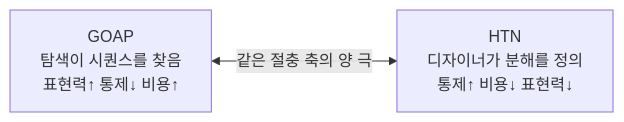
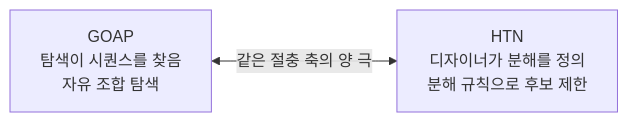
Before and after one commit to Rein-ArXiv/game-dev-curriculum: the fifth of 5 diagrams in ai/part05_htn.md, drawn with Mermaid. The commit also changed other lines of this file and 231 other files, not shown here.

````diff
--- a/ai/part05_htn.md
+++ b/ai/part05_htn.md
@@ -688,6 +690,6 @@
 ```mermaid
 flowchart LR
-    G["GOAP<br/>탐색이 시퀀스를 찾음<br/>표현력↑ 통제↓ 비용↑"]
-    H["HTN<br/>디자이너가 분해를 정의<br/>통제↑ 비용↓ 표현력↓"]
+    G["GOAP<br/>탐색이 시퀀스를 찾음<br/>자유 조합 탐색"]
+    H["HTN<br/>디자이너가 분해를 정의<br/>분해 규칙으로 후보 제한"]
     G <-->|같은 절충 축의 양 극| H
 ```
````
